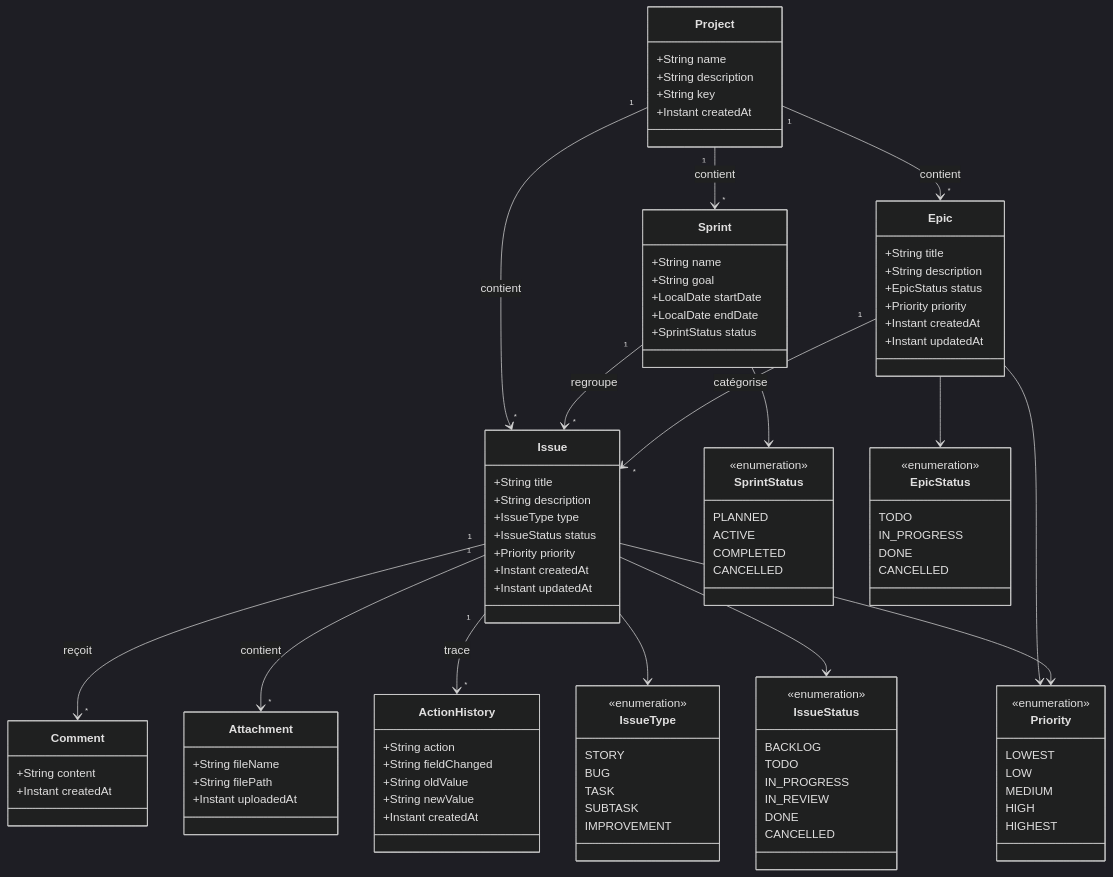
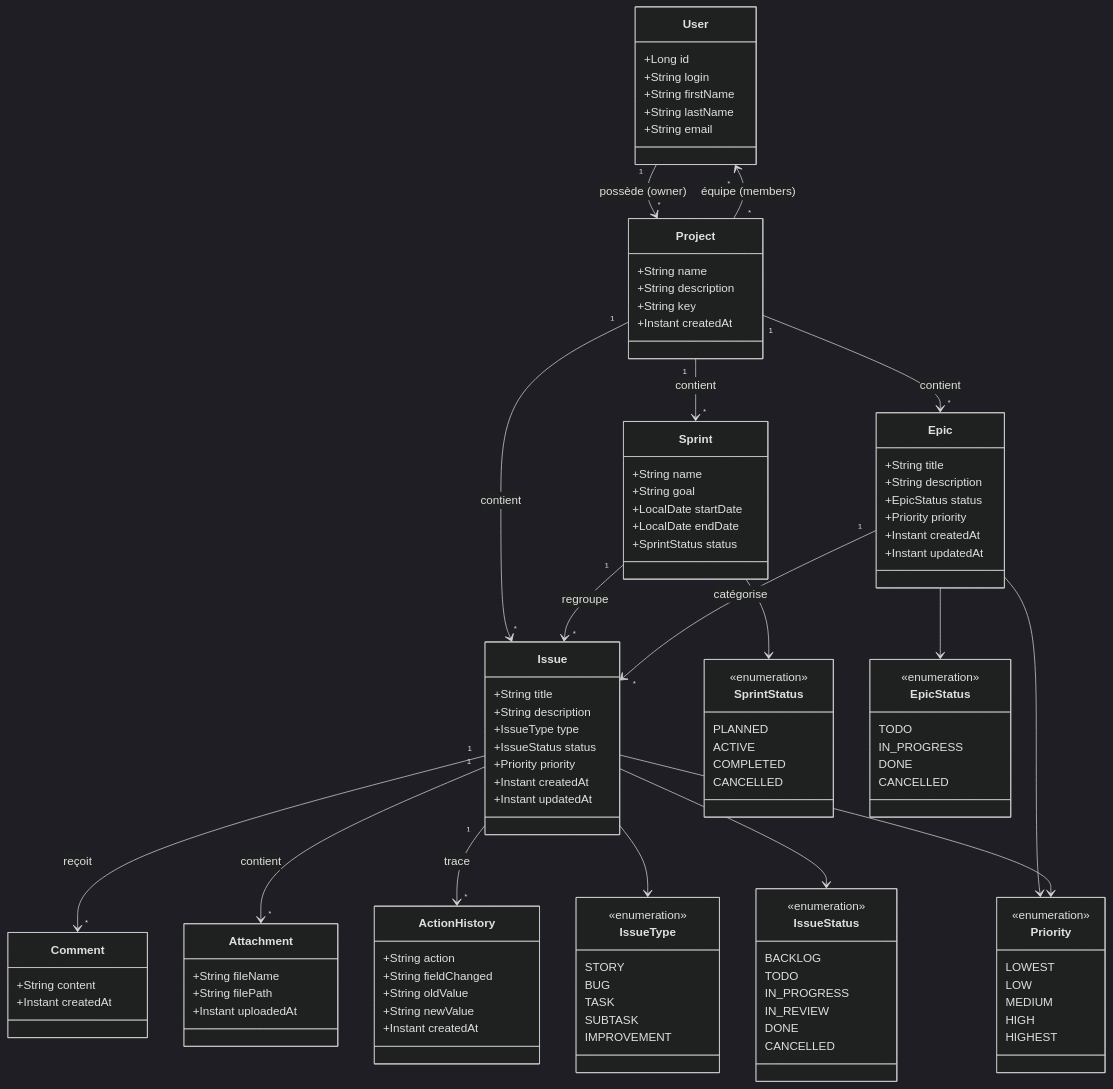
Before and after one commit to 24231-Brahim/gestion_taches: the diagram in docs/fiche-classes.md, drawn with Mermaid (dark theme). The commit also changed other lines of this file and 19 other files, not shown here.

````diff
--- a/docs/fiche-classes.md
+++ b/docs/fiche-classes.md
@@ -5,5 +5,13 @@
 ```mermaid
 classDiagram
+    class User {
+        +Long id
+        +String login
+        +String firstName
+        +String lastName
+        +String email
+    }
+
     class Project {
         +String name
         +String description
@@ -101,6 +109,8 @@
         HIGHEST
     }
 
+    User "1" --> "*" Project : possède (owner)
+    Project "*" --> "*" User : équipe (members)
     Project "1" --> "*" Sprint : contient
     Project "1" --> "*" Epic : contient
     Project "1" --> "*" Issue : contient
````
